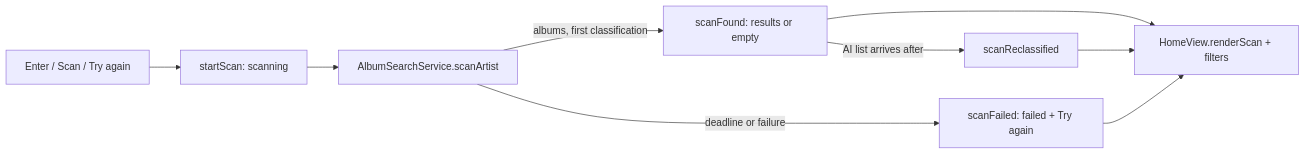
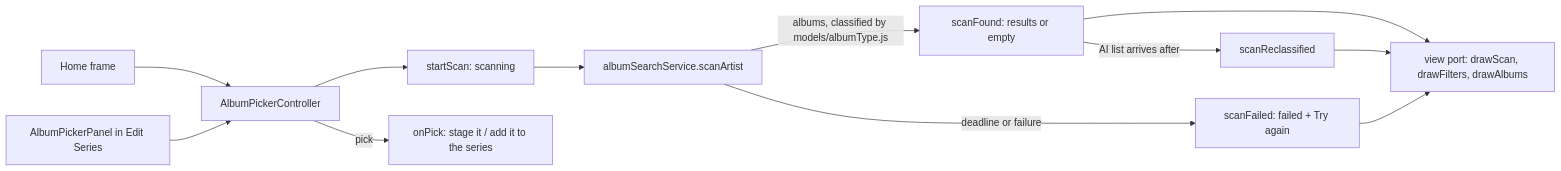
The diagram in docs/manual/14_Frontend_Components_Feature_Map.md (maujrp99/MJRP_AlbumsBalancedPlaylists_v0), drawn with Mermaid before and after one commit. The commit also changed other lines of this file and 14 other files, not shown here.

````diff
--- a/docs/manual/14_Frontend_Components_Feature_Map.md
+++ b/docs/manual/14_Frontend_Components_Feature_Map.md
@@ -10,11 +12,14 @@
     ```mermaid
     flowchart LR
-        Input[Enter / Scan / Try again] --> Start[startScan: scanning]
-        Start --> Service[AlbumSearchService.scanArtist]
-        Service -->|albums, first classification| Found[scanFound: results or empty]
+        Home[Home frame] --> Picker[AlbumPickerController]
+        Edit[AlbumPickerPanel in Edit Series] --> Picker
+        Picker --> Start[startScan: scanning]
+        Start --> Service[albumSearchService.scanArtist]
+        Service -->|albums, classified by models/albumType.js| Found[scanFound: results or empty]
         Service -->|deadline or failure| Failed[scanFailed: failed + Try again]
         Found -->|AI list arrives after| Again[scanReclassified]
-        Found --> Draw[HomeView.renderScan + filters]
+        Found --> Draw[view port: drawScan, drawFilters, drawAlbums]
         Again --> Draw
         Failed --> Draw
+        Picker -->|pick| OnPick[onPick: stage it / add it to the series]
     ```
````
